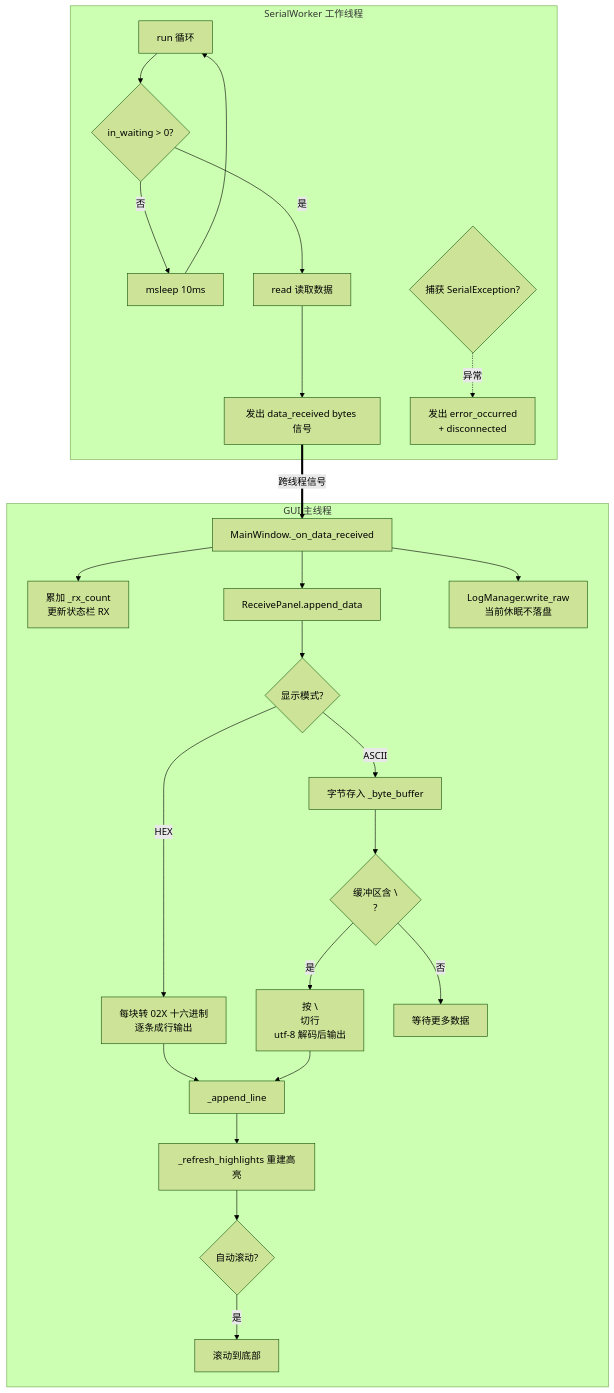
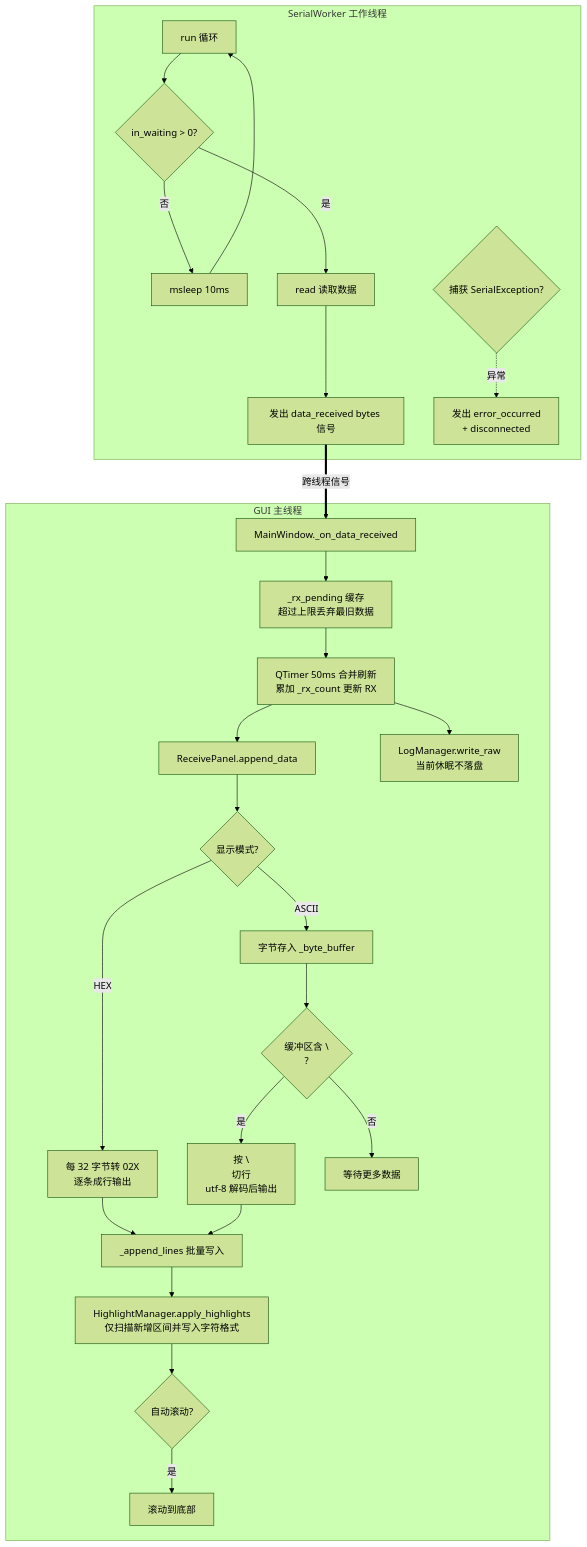
Before and after one commit to wengxianjian/uart_tool_XWeng: the third of 6 diagrams in FLOWCHART.md, drawn with Mermaid (forest theme). The commit also changed other lines of this file and 8 other files, not shown here.

````diff
--- a/FLOWCHART.md
+++ b/FLOWCHART.md
@@ -53,30 +53,31 @@
 ```mermaid
 flowchart TD
     subgraph 工作线程 [SerialWorker 工作线程]
         A[run 循环] --> B{in_waiting > 0?}
         B -- 否 --> C[msleep 10ms]
         C --> A
         B -- 是 --> D[read 读取数据]
         D --> E[发出 data_received bytes 信号]
         F{捕获 SerialException?} -.异常.-> G[发出 error_occurred<br/>+ disconnected]
     end
 
     E ==跨线程信号==> H[MainWindow._on_data_received]
 
     subgraph 主线程 [GUI 主线程]
-        H --> I[累加 _rx_count<br/>更新状态栏 RX]
-        H --> J[ReceivePanel.append_data]
-        H --> K[LogManager.write_raw<br/>当前休眠不落盘]
+        H --> I0[_rx_pending 缓存<br/>超过上限丢弃最旧数据]
+        I0 --> I1[QTimer 50ms 合并刷新<br/>累加 _rx_count 更新 RX]
+        I1 --> J[ReceivePanel.append_data]
+        I1 --> K[LogManager.write_raw<br/>当前休眠不落盘]
         J --> L{显示模式?}
-        L -- HEX --> M[每块转 02X 十六进制<br/>逐条成行输出]
+        L -- HEX --> M[每 32 字节转 02X<br/>逐条成行输出]
         L -- ASCII --> N[字节存入 _byte_buffer]
         N --> O{缓冲区含 \\n?}
         O -- 是 --> P[按 \\n 切行<br/>utf-8 解码后输出]
         O -- 否 --> Q[等待更多数据]
-        M --> R[_append_line]
+        M --> R[_append_lines 批量写入]
         P --> R
-        R --> S[_refresh_highlights 重建高亮]
+        R --> S[HighlightManager.apply_highlights<br/>仅扫描新增区间并写入字符格式]
         S --> T{自动滚动?}
         T -- 是 --> U[滚动到底部]
     end
 ```
````
